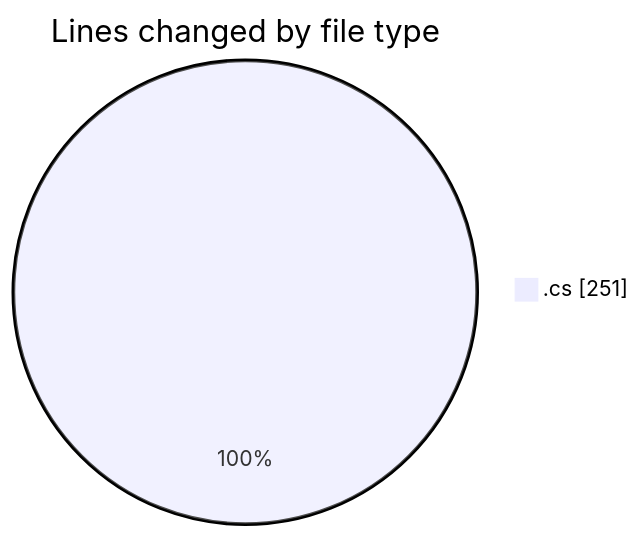
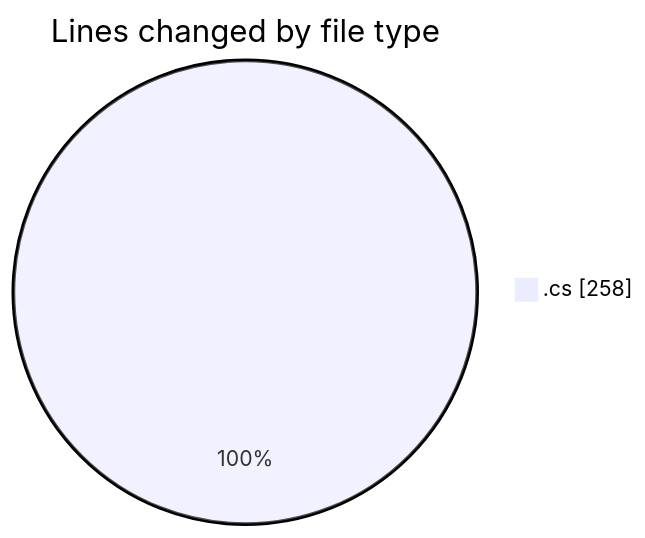
Before and after one commit to Netris89/code-tracking: the first of 2 diagrams in 2025-03-29/back-end/README.md, drawn with Mermaid. The commit also changed other lines of this file and 1 other file, not shown here.

````diff
--- a/2025-03-29/back-end/README.md
+++ b/2025-03-29/back-end/README.md
@@ -20,5 +20,5 @@
 ```mermaid
 pie showData
 title Lines changed by file type
-".cs" : 251
+".cs" : 258
 ```
````
